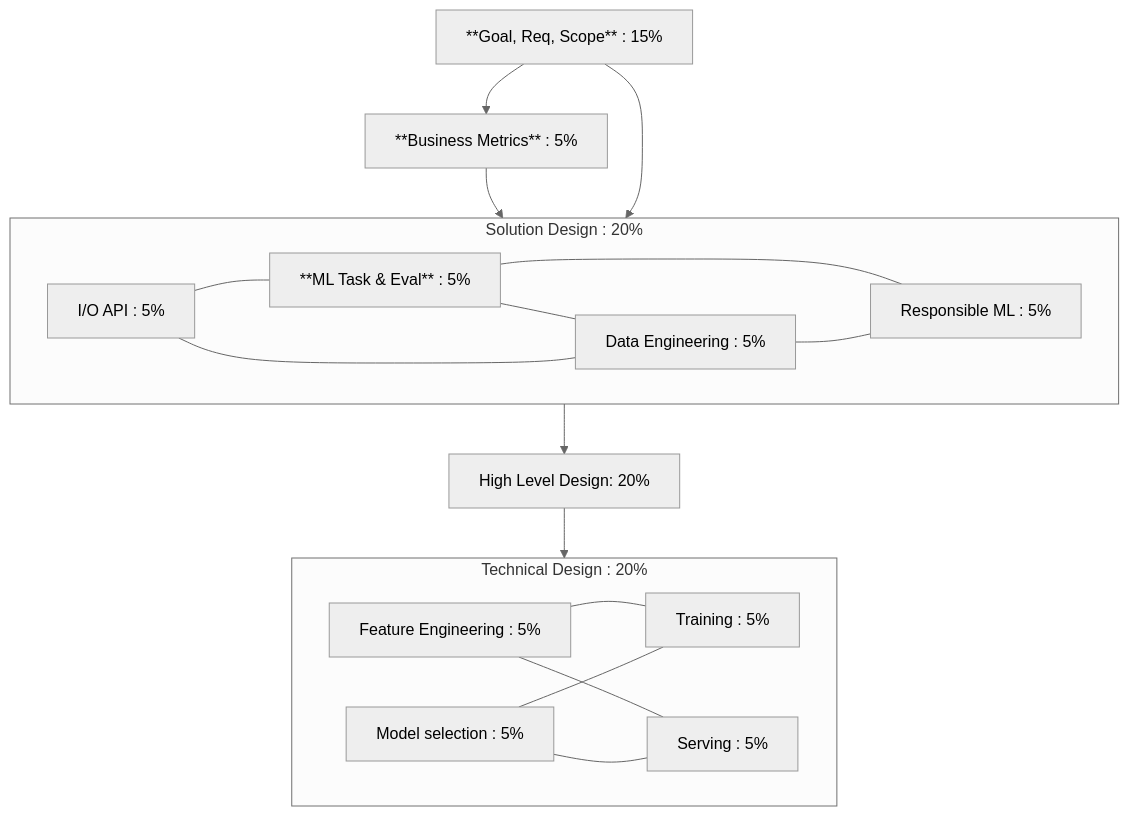
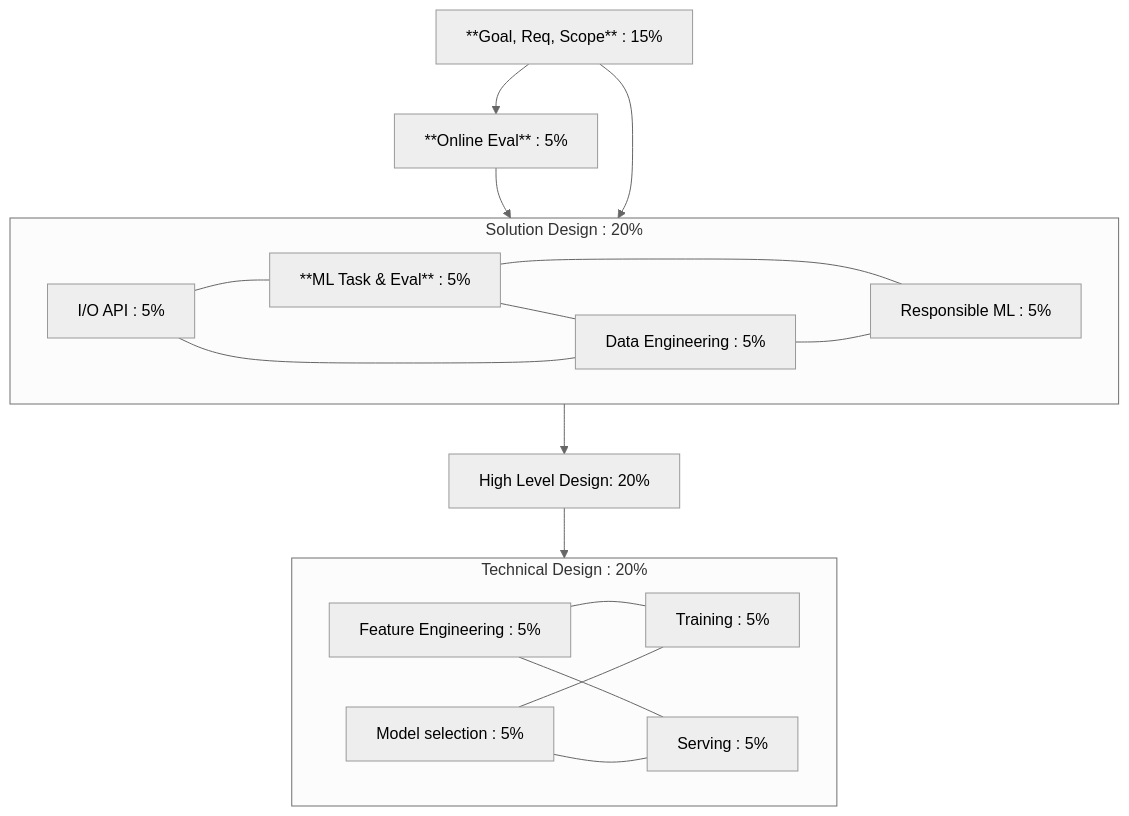
Before and after one commit to ptbdnr/ptbdnr: the first of 7 diagrams in ml_sys_design.md, drawn with Mermaid (neutral theme). The commit also changed other lines of this file, not shown here.

````diff
--- a/ml_sys_design.md
+++ b/ml_sys_design.md
@@ -14,32 +20,32 @@
 ```mermaid
 flowchart TD
     discover[**Goal, Req, Scope** : 15%]
-    b_metrics[**Business Metrics** : 5%]
+    b_metrics[**Online Eval** : 5%]
     subgraph sol_des[Solution Design : 20%]
         api[I/O API : 5%]
         ml_task[**ML Task & Eval** : 5%]
         data[Data Engineering : 5%]
         sec_by_des[Responsible ML : 5%]
     end
     hld[High Level Design: 20%]
     subgraph tech_des[Technical Design : 20%]
         feat_eng[Feature Engineering : 5%]
         model[Model selection : 5%]
         train[Training : 5%]
         serve[Serving : 5%]
     end
 
     discover --> b_metrics
     b_metrics & discover --> sol_des
         ml_task --- data
         api --- ml_task
         api --- data
         ml_task --- sec_by_des
         data --- sec_by_des
     sol_des --> hld
     hld --> tech_des
         feat_eng --- train
         feat_eng --- serve
         model --- train
         model --- serve
 ```
````
